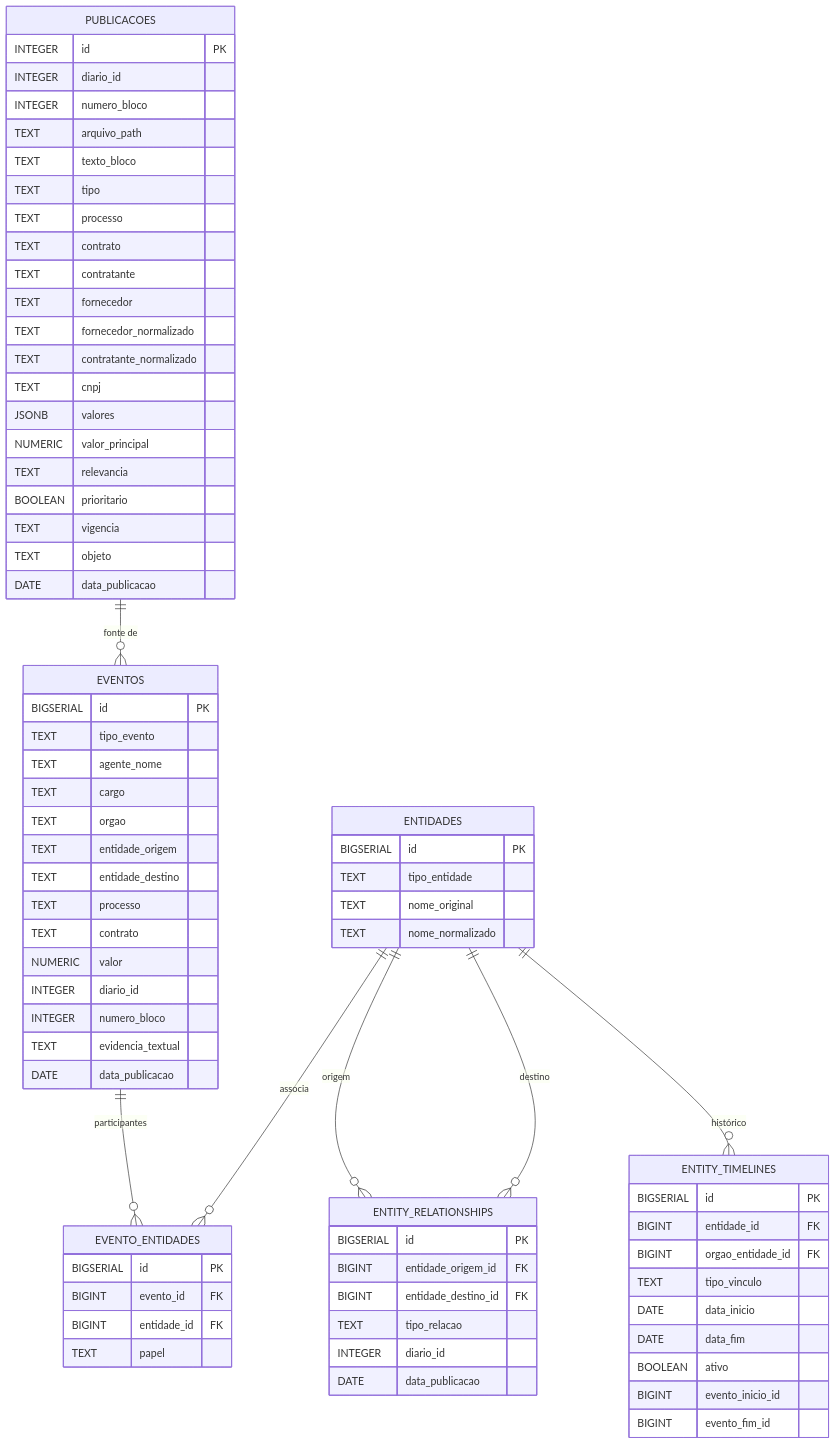
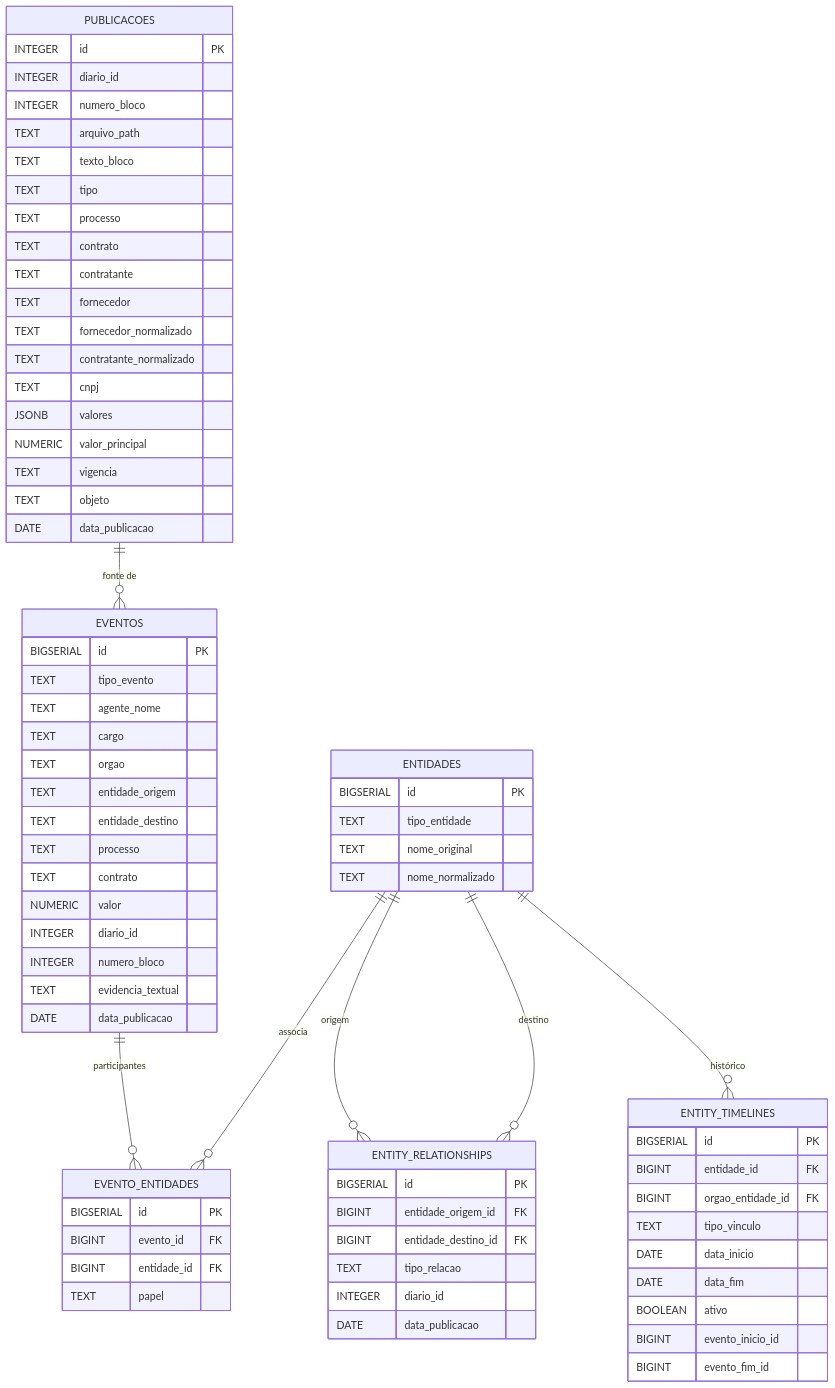
One commit to mthrodrigues/diario_processor changed the third of 5 diagrams in documentacao_tecnica.md. Above: the diagram before and after it, drawn with Mermaid. The commit also changed other lines of this file and 25 other files, not shown here.

````diff
--- a/documentacao_tecnica.md
+++ b/documentacao_tecnica.md
@@ -712,79 +708,77 @@
 ```mermaid
 erDiagram
     PUBLICACOES {
         INTEGER id PK
         INTEGER diario_id
         INTEGER numero_bloco
         TEXT arquivo_path
         TEXT texto_bloco
         TEXT tipo
         TEXT processo
         TEXT contrato
         TEXT contratante
         TEXT fornecedor
         TEXT fornecedor_normalizado
         TEXT contratante_normalizado
         TEXT cnpj
         JSONB valores
         NUMERIC valor_principal
-        TEXT relevancia
-        BOOLEAN prioritario
         TEXT vigencia
         TEXT objeto
         DATE data_publicacao
     }
     EVENTOS {
         BIGSERIAL id PK
         TEXT tipo_evento
         TEXT agente_nome
         TEXT cargo
         TEXT orgao
         TEXT entidade_origem
         TEXT entidade_destino
         TEXT processo
         TEXT contrato
         NUMERIC valor
         INTEGER diario_id
         INTEGER numero_bloco
         TEXT evidencia_textual
         DATE data_publicacao
     }
     ENTIDADES {
         BIGSERIAL id PK
         TEXT tipo_entidade
         TEXT nome_original
         TEXT nome_normalizado
     }
     EVENTO_ENTIDADES {
         BIGSERIAL id PK
         BIGINT evento_id FK
         BIGINT entidade_id FK
         TEXT papel
     }
     ENTITY_RELATIONSHIPS {
         BIGSERIAL id PK
         BIGINT entidade_origem_id FK
         BIGINT entidade_destino_id FK
         TEXT tipo_relacao
         INTEGER diario_id
         DATE data_publicacao
     }
     ENTITY_TIMELINES {
         BIGSERIAL id PK
         BIGINT entidade_id FK
         BIGINT orgao_entidade_id FK
         TEXT tipo_vinculo
         DATE data_inicio
         DATE data_fim
         BOOLEAN ativo
         BIGINT evento_inicio_id
         BIGINT evento_fim_id
     }
 
     PUBLICACOES ||--o{ EVENTOS : "fonte de"
     EVENTOS ||--o{ EVENTO_ENTIDADES : "participantes"
     ENTIDADES ||--o{ EVENTO_ENTIDADES : "associa"
     ENTIDADES ||--o{ ENTITY_RELATIONSHIPS : "origem"
     ENTIDADES ||--o{ ENTITY_RELATIONSHIPS : "destino"
     ENTIDADES ||--o{ ENTITY_TIMELINES : "histórico"
 ```
````
